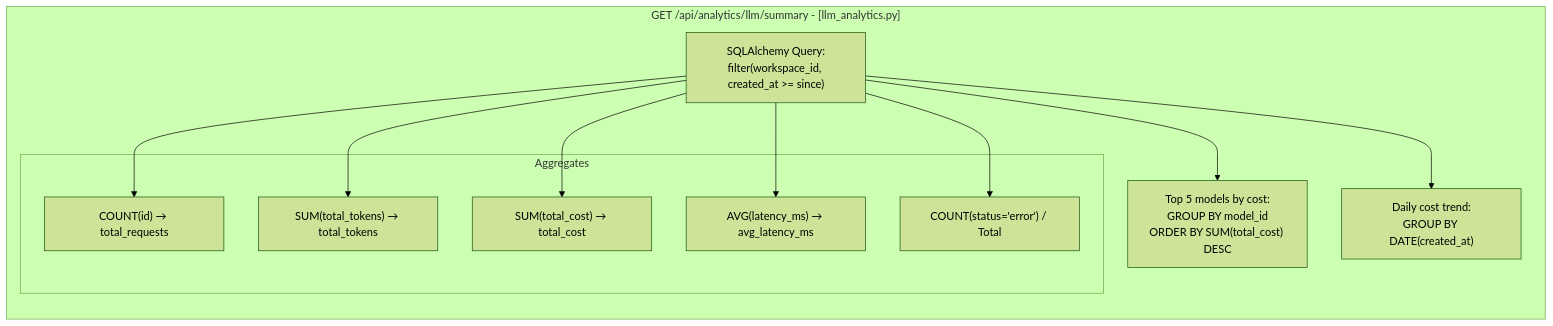
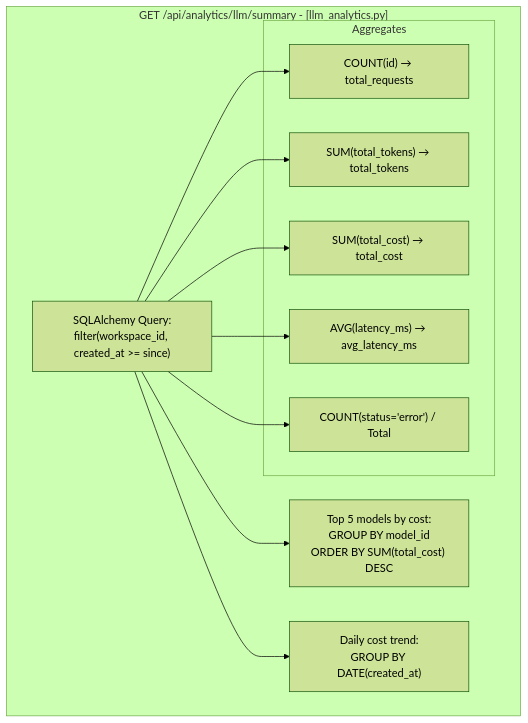
One commit to AutomatosAI/automatos-ai changed the second of 3 diagrams in docs/analytics-monitoring/cost-analytics.md. Above: the diagram before and after it, drawn with Mermaid (forest theme). The commit also changed other lines of this file and 191 other files, not shown here.

````diff
--- a/docs/analytics-monitoring/cost-analytics.md
+++ b/docs/analytics-monitoring/cost-analytics.md
@@ -146,25 +138,25 @@
 ```mermaid
-graph LR
+graph TB
     subgraph "GET /api/analytics/llm/summary - [llm_analytics.py]"
         Query["SQLAlchemy Query:<br/>filter(workspace_id, created_at >= since)"]
         
         subgraph "Aggregates"
             TotalReqs["COUNT(id) → total_requests"]
             TotalTokens["SUM(total_tokens) → total_tokens"]
             TotalCost["SUM(total_cost) → total_cost"]
             AvgLatency["AVG(latency_ms) → avg_latency_ms"]
             ErrorRate["COUNT(status='error') / Total"]
         end
         
         TopModels["Top 5 models by cost:<br/>GROUP BY model_id<br/>ORDER BY SUM(total_cost) DESC"]
         CostTrend["Daily cost trend:<br/>GROUP BY DATE(created_at)"]
     end
     
     Query --> TotalReqs
     Query --> TotalTokens
     Query --> TotalCost
     Query --> AvgLatency
     Query --> ErrorRate
     Query --> TopModels
     Query --> CostTrend
 ```
````
